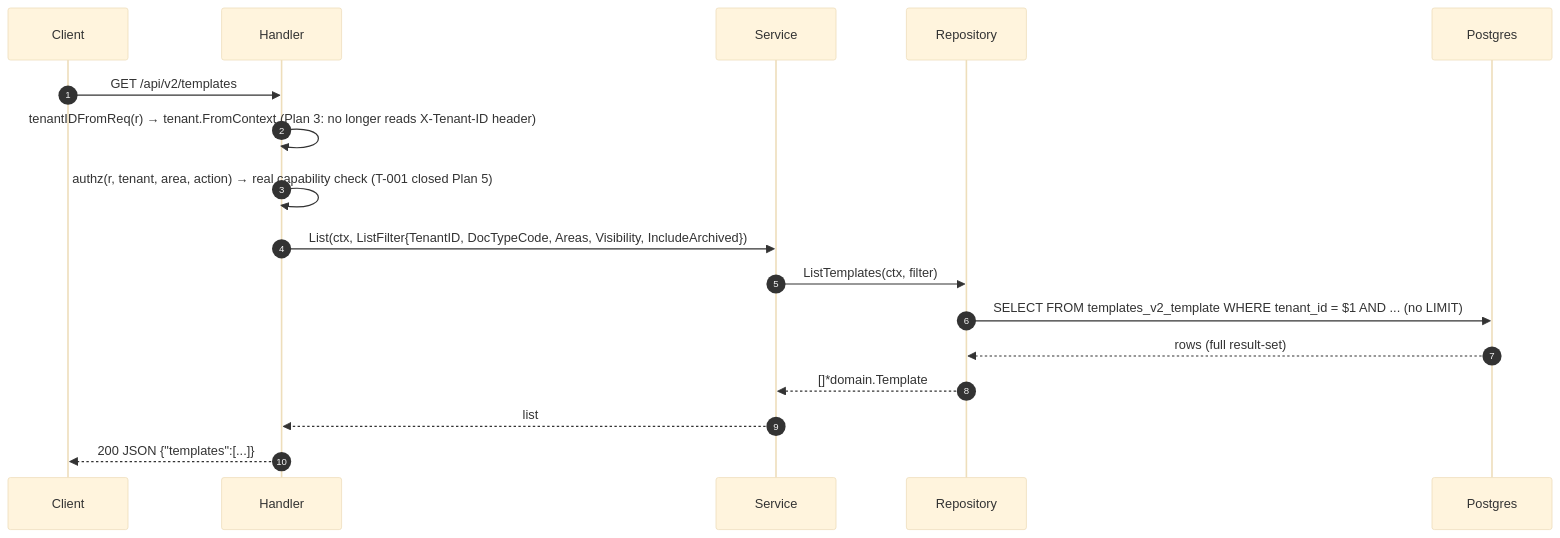
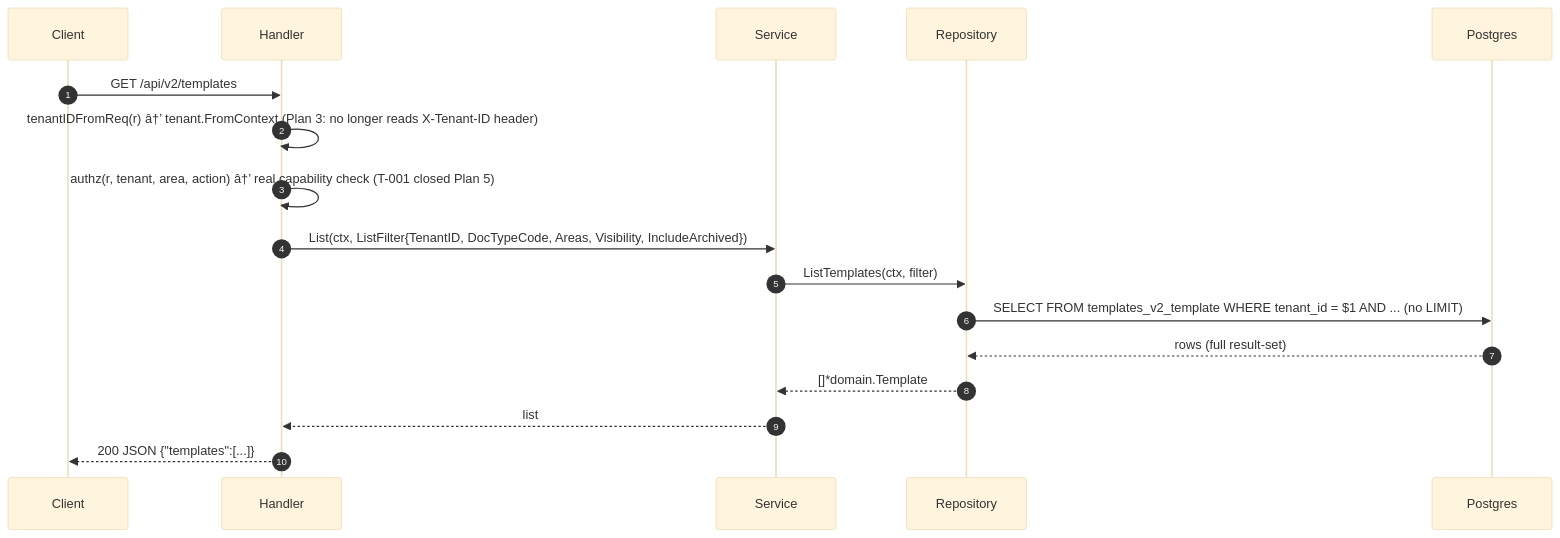
The third of 5 diagrams in wiki/modules/templates_v2.md (developmentconexus-ops/MetalDocs), drawn with Mermaid (base theme) before and after one commit. The commit also changed other lines of this file and 12 other files, not shown here.

````diff
--- a/wiki/modules/templates_v2.md
+++ b/wiki/modules/templates_v2.md
@@ -247,19 +247,19 @@
 ```mermaid
 sequenceDiagram
     autonumber
     participant C as Client
     participant H as Handler
     participant S as Service
     participant R as Repository
     participant DB as Postgres
     C->>H: GET /api/v2/templates
-    H->>H: tenantIDFromReq(r) → tenant.FromContext (Plan 3: no longer reads X-Tenant-ID header)
-    H->>H: authz(r, tenant, area, action) → real capability check (T-001 closed Plan 5)
+    H->>H: tenantIDFromReq(r) â†’ tenant.FromContext (Plan 3: no longer reads X-Tenant-ID header)
+    H->>H: authz(r, tenant, area, action) â†’ real capability check (T-001 closed Plan 5)
     H->>S: List(ctx, ListFilter{TenantID, DocTypeCode, Areas, Visibility, IncludeArchived})
     S->>R: ListTemplates(ctx, filter)
     R->>DB: SELECT FROM templates_v2_template WHERE tenant_id = $1 AND ... (no LIMIT)
     DB-->>R: rows (full result-set)
     R-->>S: []*domain.Template
     S-->>H: list
     H-->>C: 200 JSON {"templates":[...]}
 ```
````
